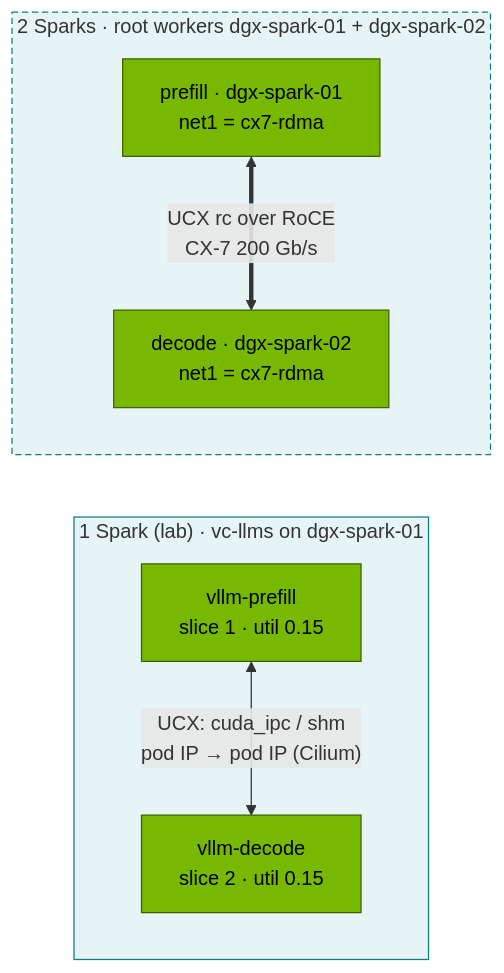
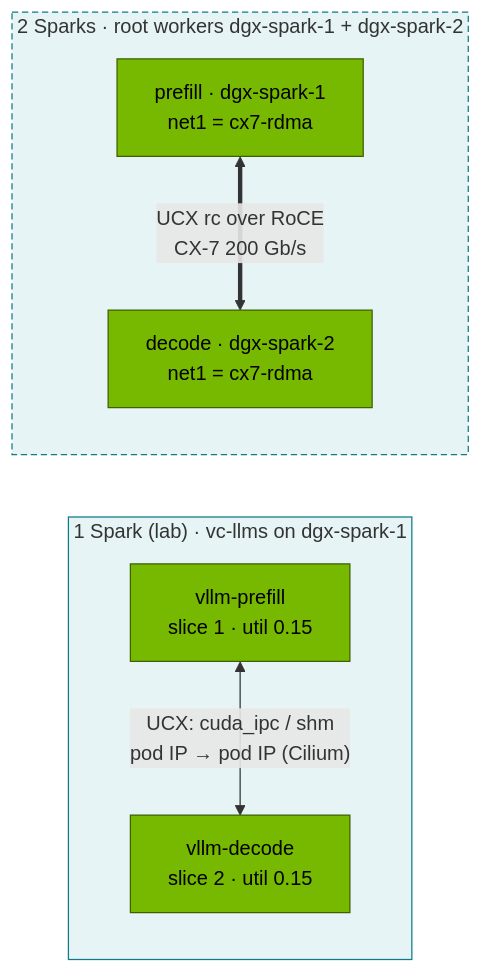
Before and after one commit to cloudone365/technical-depth: the second of 2 diagrams in 02 Kubernetes/24-disaggregated-prefill-and-decode-serving.md, drawn with Mermaid. The commit also changed other lines of this file and 91 other files, not shown here.

First line of the commit message:
Rename the Spark hosts to dgx-spark-1 / dgx-spark-2

````diff
--- a/02 Kubernetes/24-disaggregated-prefill-and-decode-serving.md
+++ b/02 Kubernetes/24-disaggregated-prefill-and-decode-serving.md
@@ -57,13 +57,13 @@
 ```mermaid
 flowchart LR
-  subgraph ONE["1 Spark (lab) · vc-llms on dgx-spark-01"]
+  subgraph ONE["1 Spark (lab) · vc-llms on dgx-spark-1"]
     P1["vllm-prefill<br/>slice 1 · util 0.15"] <-->|"UCX: cuda_ipc / shm<br/>pod IP → pod IP (Cilium)"| D1["vllm-decode<br/>slice 2 · util 0.15"]
   end
-  subgraph TWO["2 Sparks · root workers dgx-spark-01 + dgx-spark-02"]
-    P2["prefill · dgx-spark-01<br/>net1 = cx7-rdma"] <==>|"UCX rc over RoCE<br/>CX-7 200 Gb/s"| D2["decode · dgx-spark-02<br/>net1 = cx7-rdma"]
+  subgraph TWO["2 Sparks · root workers dgx-spark-1 + dgx-spark-2"]
+    P2["prefill · dgx-spark-1<br/>net1 = cx7-rdma"] <==>|"UCX rc over RoCE<br/>CX-7 200 Gb/s"| D2["decode · dgx-spark-2<br/>net1 = cx7-rdma"]
   end
   classDef gpu fill:#76b900,stroke:#3d6000,color:#000
   class P1,D1,P2,D2 gpu
   style ONE fill:#e6f4f5,stroke:#0e7c86
   style TWO fill:#e6f4f5,stroke:#0e7c86,stroke-dasharray:5 3
 ```
````
